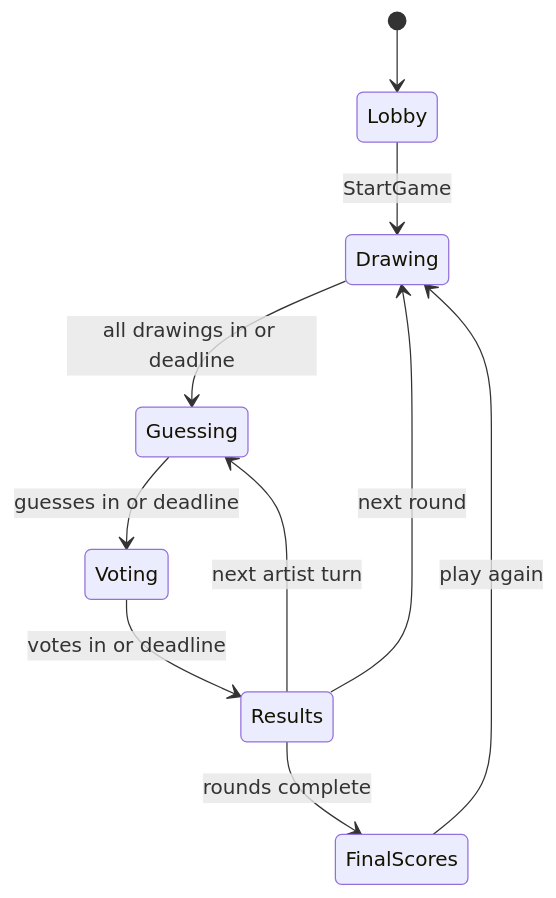
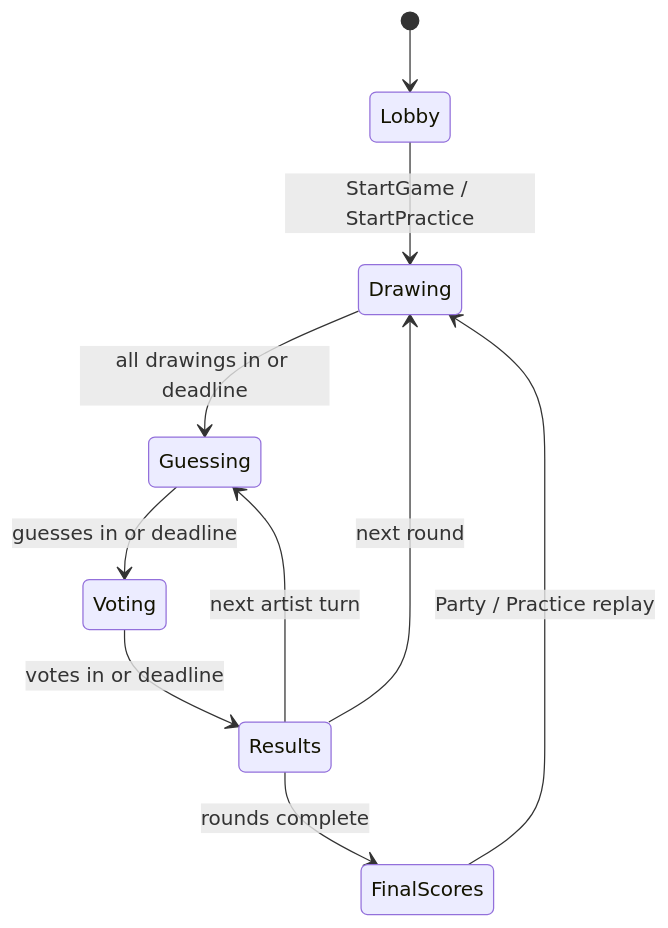
The diagram in docs/architecture.md (AstralDrift/draw-party-game), drawn with Mermaid before and after one commit. The commit also changed other lines of this file and 72 other files, not shown here.

Commit message:
feat: sharpen party flow and mixed-device polish

````diff
--- a/docs/architecture.md
+++ b/docs/architecture.md
@@ -25,12 +25,12 @@
 ```mermaid
 stateDiagram-v2
   [*] --> Lobby
-  Lobby --> Drawing: StartGame
+  Lobby --> Drawing: StartGame / StartPractice
   Drawing --> Guessing: all drawings in or deadline
   Guessing --> Voting: guesses in or deadline
   Voting --> Results: votes in or deadline
   Results --> Guessing: next artist turn
   Results --> Drawing: next round
   Results --> FinalScores: rounds complete
-  FinalScores --> Drawing: play again
+  FinalScores --> Drawing: Party / Practice replay
 ```
````
